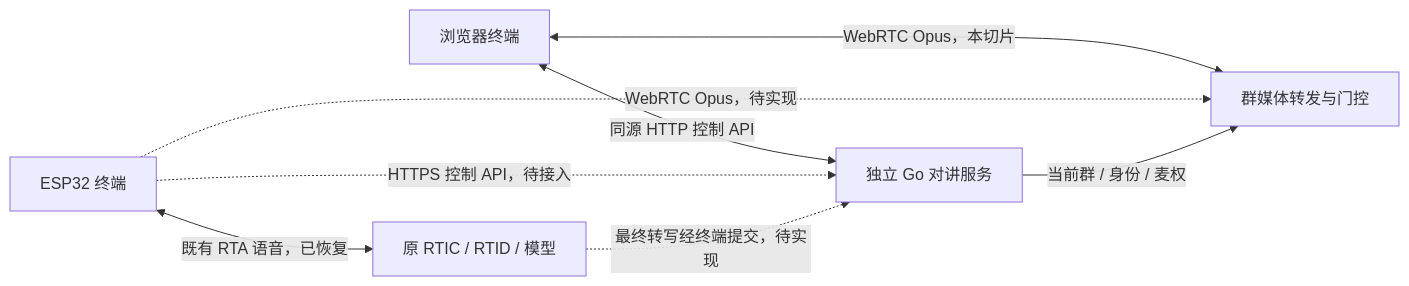
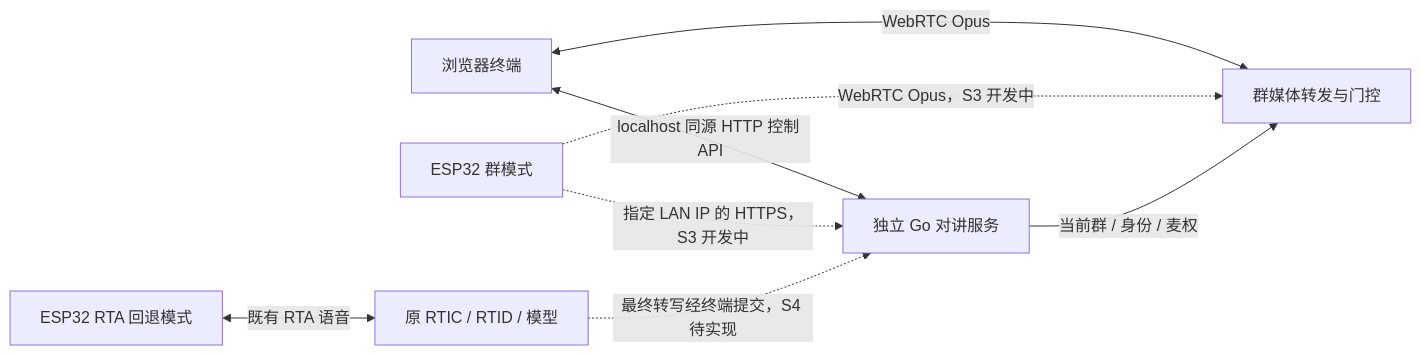
Before and after one commit to iewiad/miku-intercom: the first of 2 diagrams in docs/architecture.md, drawn with Mermaid. The commit also changed other lines of this file and 33 other files, not shown here.

Commit message:
feat: connect ESP32 group intercom over verified LAN TLS

````diff
--- a/docs/architecture.md
+++ b/docs/architecture.md
@@ -7,10 +7,10 @@
 ```mermaid
 flowchart LR
-    W[浏览器终端] <-->|同源 HTTP 控制 API| C[独立 Go 对讲服务]
-    B[ESP32 终端] -.->|HTTPS 控制 API，待接入| C
-    W <-->|WebRTC Opus，本切片| M[群媒体转发与门控]
-    B -.->|WebRTC Opus，待实现| M
+    W[浏览器终端] <-->|localhost 同源 HTTP 控制 API| C[独立 Go 对讲服务]
+    B[ESP32 群模式] -.->|指定 LAN IP 的 HTTPS，S3 开发中| C
+    W <-->|WebRTC Opus| M[群媒体转发与门控]
+    B -.->|WebRTC Opus，S3 开发中| M
     C -->|当前群 / 身份 / 麦权| M
-    B <-->|既有 RTA 语音，已恢复| R[原 RTIC / RTID / 模型]
-    R -.->|最终转写经终端提交，待实现| C
+    L[ESP32 RTA 回退模式] <-->|既有 RTA 语音| R[原 RTIC / RTID / 模型]
+    R -.->|最终转写经终端提交，S4 待实现| C
 ```
````
